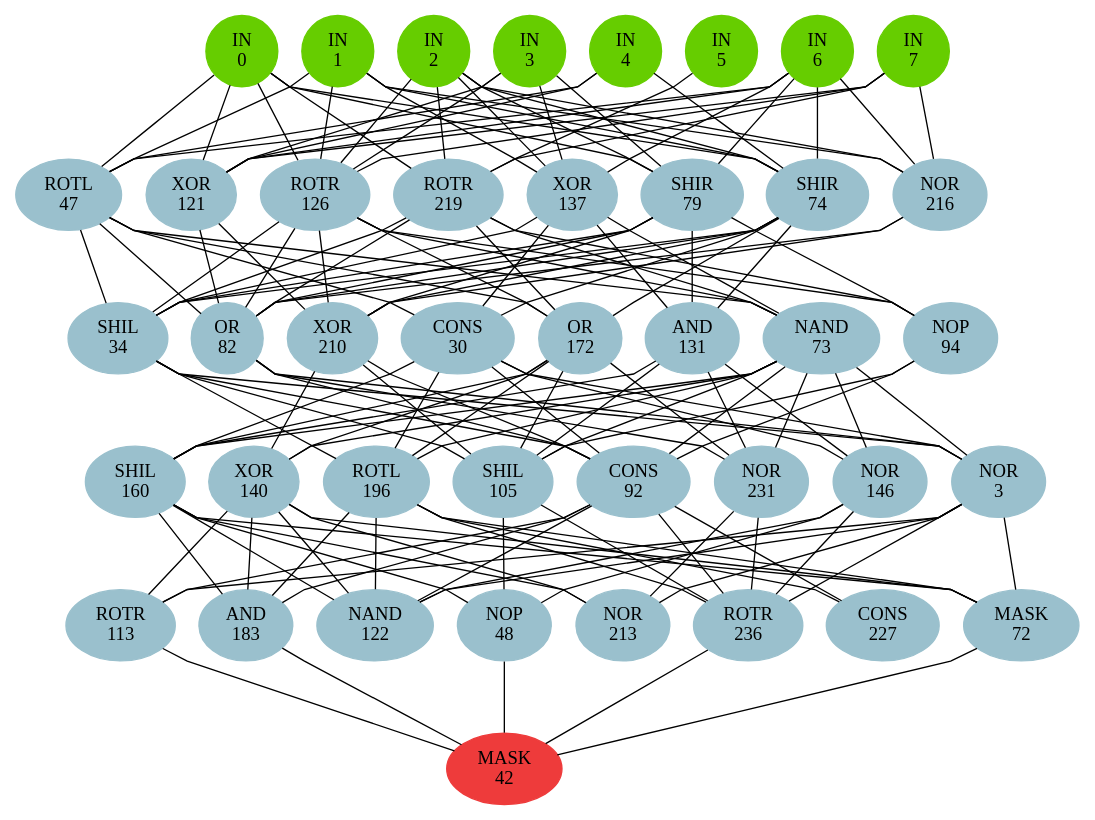
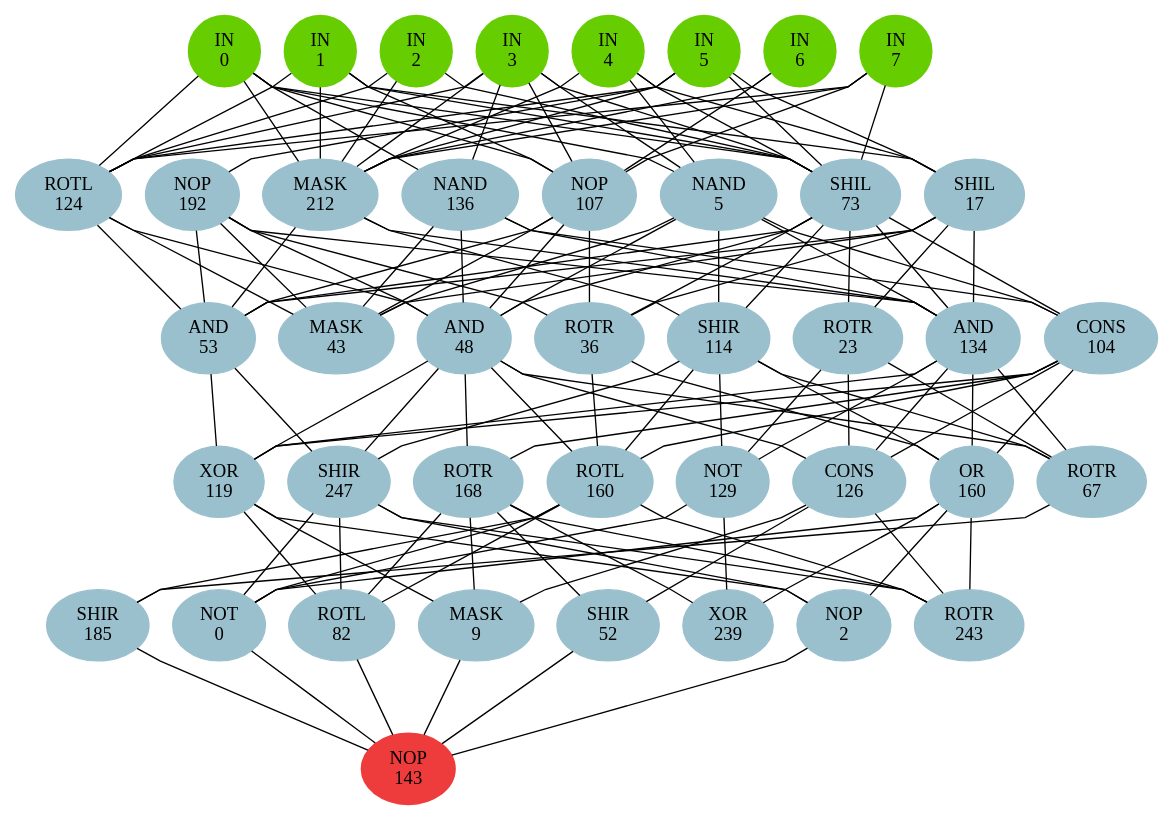
One commit to Bender250/master-thesis changed the diagram in experiments/single-sol/tea/1/circuit.dot. Above: the diagram before and after it, drawn with Graphviz. The commit also changed 727 other files, not shown here.

```diff
--- a/experiments/single-sol/tea/1/circuit.dot
+++ b/experiments/single-sol/tea/1/circuit.dot
@@ -25,79 +25,79 @@
 }
 { rank=same;
 node [color=lightblue3];
-"0_0"[label="ROTL\n47"];
+"0_0"[label="ROTL\n124"];
 node [color=lightblue3];
-"0_1"[label="XOR\n121"];
+"0_1"[label="NOP\n192"];
 node [color=lightblue3];
-"0_2"[label="ROTR\n126"];
+"0_2"[label="MASK\n212"];
 node [color=lightblue3];
-"0_3"[label="ROTR\n219"];
+"0_3"[label="NAND\n136"];
 node [color=lightblue3];
-"0_4"[label="XOR\n137"];
+"0_4"[label="NOP\n107"];
 node [color=lightblue3];
-"0_5"[label="SHIR\n79"];
+"0_5"[label="NAND\n5"];
 node [color=lightblue3];
-"0_6"[label="SHIR\n74"];
+"0_6"[label="SHIL\n73"];
 node [color=lightblue3];
-"0_7"[label="NOR\n216"];
+"0_7"[label="SHIL\n17"];
 }
 { rank=same;
 node [color=lightblue3];
-"1_0"[label="SHIL\n34"];
+"1_0"[label="AND\n53"];
 node [color=lightblue3];
-"1_1"[label="OR\n82"];
+"1_1"[label="MASK\n43"];
 node [color=lightblue3];
-"1_2"[label="XOR\n210"];
+"1_2"[label="AND\n48"];
 node [color=lightblue3];
-"1_3"[label="CONS\n30"];
+"1_3"[label="ROTR\n36"];
 node [color=lightblue3];
-"1_4"[label="OR\n172"];
+"1_4"[label="SHIR\n114"];
 node [color=lightblue3];
-"1_5"[label="AND\n131"];
+"1_5"[label="ROTR\n23"];
 node [color=lightblue3];
-"1_6"[label="NAND\n73"];
+"1_6"[label="AND\n134"];
 node [color=lightblue3];
-"1_7"[label="NOP\n94"];
+"1_7"[label="CONS\n104"];
 }
 { rank=same;
 node [color=lightblue3];
-"2_0"[label="SHIL\n160"];
+"2_0"[label="XOR\n119"];
 node [color=lightblue3];
-"2_1"[label="XOR\n140"];
+"2_1"[label="SHIR\n247"];
 node [color=lightblue3];
-"2_2"[label="ROTL\n196"];
+"2_2"[label="ROTR\n168"];
 node [color=lightblue3];
-"2_3"[label="SHIL\n105"];
+"2_3"[label="ROTL\n160"];
 node [color=lightblue3];
-"2_4"[label="CONS\n92"];
+"2_4"[label="NOT\n129"];
 node [color=lightblue3];
-"2_5"[label="NOR\n231"];
+"2_5"[label="CONS\n126"];
 node [color=lightblue3];
-"2_6"[label="NOR\n146"];
+"2_6"[label="OR\n160"];
 node [color=lightblue3];
-"2_7"[label="NOR\n3"];
+"2_7"[label="ROTR\n67"];
 }
 { rank=same;
 node [color=lightblue3];
-"3_0"[label="ROTR\n113"];
+"3_0"[label="SHIR\n185"];
 node [color=lightblue3];
-"3_1"[label="AND\n183"];
+"3_1"[label="NOT\n0"];
 node [color=lightblue3];
-"3_2"[label="NAND\n122"];
+"3_2"[label="ROTL\n82"];
 node [color=lightblue3];
-"3_3"[label="NOP\n48"];
+"3_3"[label="MASK\n9"];
 node [color=lightblue3];
-"3_4"[label="NOR\n213"];
+"3_4"[label="SHIR\n52"];
 node [color=lightblue3];
-"3_5"[label="ROTR\n236"];
+"3_5"[label="XOR\n239"];
 node [color=lightblue3];
-"3_6"[label="CONS\n227"];
+"3_6"[label="NOP\n2"];
 node [color=lightblue3];
-"3_7"[label="MASK\n72"];
+"3_7"[label="ROTR\n243"];
 }
 { rank=same;
 node [color=brown2];
-"4_0"[label="MASK\n42"];
+"4_0"[label="NOP\n143"];
 }
 edge[style=invis];
 "-1_0" -- "-1_1" -- "-1_2" -- "-1_3" -- "-1_4" -- "-1_5" -- "-1_6" -- "-1_7";
@@ -109,143 +109,133 @@
 edge[style=solid];
 "0_0" -- "-1_0";
 "0_0" -- "-1_1";
-"0_0" -- "-1_4";
-"0_0" -- "-1_6";
-"0_1" -- "-1_0";
-"0_1" -- "-1_3";
-"0_1" -- "-1_4";
-"0_1" -- "-1_6";
-"0_1" -- "-1_7";
+"0_0" -- "-1_2";
+"0_0" -- "-1_3";
+"0_0" -- "-1_5";
+"0_0" -- "-1_7";
+"0_1" -- "-1_5";
 "0_2" -- "-1_0";
 "0_2" -- "-1_1";
 "0_2" -- "-1_2";
 "0_2" -- "-1_3";
+"0_2" -- "-1_4";
+"0_2" -- "-1_5";
+"0_2" -- "-1_6";
 "0_2" -- "-1_7";
 "0_3" -- "-1_0";
-"0_3" -- "-1_2";
-"0_3" -- "-1_5";
-"0_3" -- "-1_7";
+"0_3" -- "-1_3";
+"0_4" -- "-1_0";
 "0_4" -- "-1_1";
-"0_4" -- "-1_2";
 "0_4" -- "-1_3";
 "0_4" -- "-1_6";
+"0_4" -- "-1_7";
 "0_5" -- "-1_0";
-"0_5" -- "-1_2";
 "0_5" -- "-1_3";
-"0_5" -- "-1_6";
+"0_5" -- "-1_4";
 "0_6" -- "-1_0";
 "0_6" -- "-1_1";
 "0_6" -- "-1_2";
+"0_6" -- "-1_3";
 "0_6" -- "-1_4";
-"0_6" -- "-1_6";
+"0_6" -- "-1_5";
+"0_6" -- "-1_7";
 "0_7" -- "-1_1";
-"0_7" -- "-1_2";
-"0_7" -- "-1_6";
-"0_7" -- "-1_7";
+"0_7" -- "-1_4";
+"0_7" -- "-1_5";
 "1_0" -- "0_0";
+"1_0" -- "0_1";
 "1_0" -- "0_2";
-"1_0" -- "0_3";
 "1_0" -- "0_4";
-"1_0" -- "0_5";
 "1_0" -- "0_6";
+"1_0" -- "0_7";
 "1_1" -- "0_0";
 "1_1" -- "0_1";
-"1_1" -- "0_2";
 "1_1" -- "0_3";
+"1_1" -- "0_4";
 "1_1" -- "0_5";
-"1_1" -- "0_6";
 "1_1" -- "0_7";
+"1_2" -- "0_0";
 "1_2" -- "0_1";
-"1_2" -- "0_2";
+"1_2" -- "0_3";
+"1_2" -- "0_4";
 "1_2" -- "0_5";
 "1_2" -- "0_6";
-"1_2" -- "0_7";
-"1_3" -- "0_0";
+"1_3" -- "0_1";
 "1_3" -- "0_4";
 "1_3" -- "0_6";
-"1_4" -- "0_0";
+"1_3" -- "0_7";
 "1_4" -- "0_2";
-"1_4" -- "0_3";
+"1_4" -- "0_5";
 "1_4" -- "0_6";
-"1_5" -- "0_4";
-"1_5" -- "0_5";
 "1_5" -- "0_6";
-"1_6" -- "0_0";
+"1_5" -- "0_7";
+"1_6" -- "0_1";
 "1_6" -- "0_2";
 "1_6" -- "0_3";
-"1_6" -- "0_4";
-"1_7" -- "0_2";
+"1_6" -- "0_5";
+"1_6" -- "0_6";
+"1_6" -- "0_7";
 "1_7" -- "0_3";
 "1_7" -- "0_5";
-"2_0" -- "1_3";
-"2_0" -- "1_4";
-"2_0" -- "1_5";
+"1_7" -- "0_6";
+"2_0" -- "1_0";
+"2_0" -- "1_2";
 "2_0" -- "1_6";
+"2_0" -- "1_7";
+"2_1" -- "1_0";
 "2_1" -- "1_2";
 "2_1" -- "1_4";
-"2_1" -- "1_6";
-"2_2" -- "1_0";
-"2_2" -- "1_3";
-"2_2" -- "1_4";
-"2_2" -- "1_6";
-"2_3" -- "1_0";
+"2_2" -- "1_2";
+"2_2" -- "1_7";
 "2_3" -- "1_2";
+"2_3" -- "1_3";
 "2_3" -- "1_4";
-"2_3" -- "1_5";
-"2_3" -- "1_6";
 "2_3" -- "1_7";
-"2_4" -- "1_0";
-"2_4" -- "1_1";
-"2_4" -- "1_2";
-"2_4" -- "1_3";
+"2_4" -- "1_4";
+"2_4" -- "1_5";
 "2_4" -- "1_6";
-"2_4" -- "1_7";
-"2_5" -- "1_1";
-"2_5" -- "1_4";
+"2_5" -- "1_2";
 "2_5" -- "1_5";
 "2_5" -- "1_6";
+"2_5" -- "1_7";
 "2_6" -- "1_3";
-"2_6" -- "1_5";
+"2_6" -- "1_4";
 "2_6" -- "1_6";
-"2_7" -- "1_0";
-"2_7" -- "1_1";
-"2_7" -- "1_3";
+"2_6" -- "1_7";
+"2_7" -- "1_2";
+"2_7" -- "1_4";
+"2_7" -- "1_5";
 "2_7" -- "1_6";
-"3_0" -- "2_1";
-"3_0" -- "2_4";
+"3_0" -- "2_3";
 "3_0" -- "2_7";
-"3_1" -- "2_0";
 "3_1" -- "2_1";
-"3_1" -- "2_2";
+"3_1" -- "2_3";
 "3_1" -- "2_4";
+"3_1" -- "2_6";
 "3_2" -- "2_0";
 "3_2" -- "2_1";
 "3_2" -- "2_2";
-"3_2" -- "2_4";
-"3_2" -- "2_6";
-"3_2" -- "2_7";
+"3_2" -- "2_3";
 "3_3" -- "2_0";
-"3_3" -- "2_3";
-"3_3" -- "2_6";
-"3_4" -- "2_0";
-"3_4" -- "2_1";
+"3_3" -- "2_2";
+"3_3" -- "2_5";
+"3_4" -- "2_2";
 "3_4" -- "2_5";
-"3_4" -- "2_7";
 "3_5" -- "2_2";
-"3_5" -- "2_3";
 "3_5" -- "2_4";
-"3_5" -- "2_5";
 "3_5" -- "2_6";
-"3_5" -- "2_7";
-"3_6" -- "2_2";
-"3_6" -- "2_4";
-"3_7" -- "2_0";
+"3_6" -- "2_0";
+"3_6" -- "2_1";
+"3_6" -- "2_6";
 "3_7" -- "2_1";
 "3_7" -- "2_2";
-"3_7" -- "2_7";
+"3_7" -- "2_3";
+"3_7" -- "2_5";
+"3_7" -- "2_6";
 "4_0" -- "3_0";
 "4_0" -- "3_1";
+"4_0" -- "3_2";
 "4_0" -- "3_3";
-"4_0" -- "3_5";
-"4_0" -- "3_7";
+"4_0" -- "3_4";
+"4_0" -- "3_6";
 }
```
